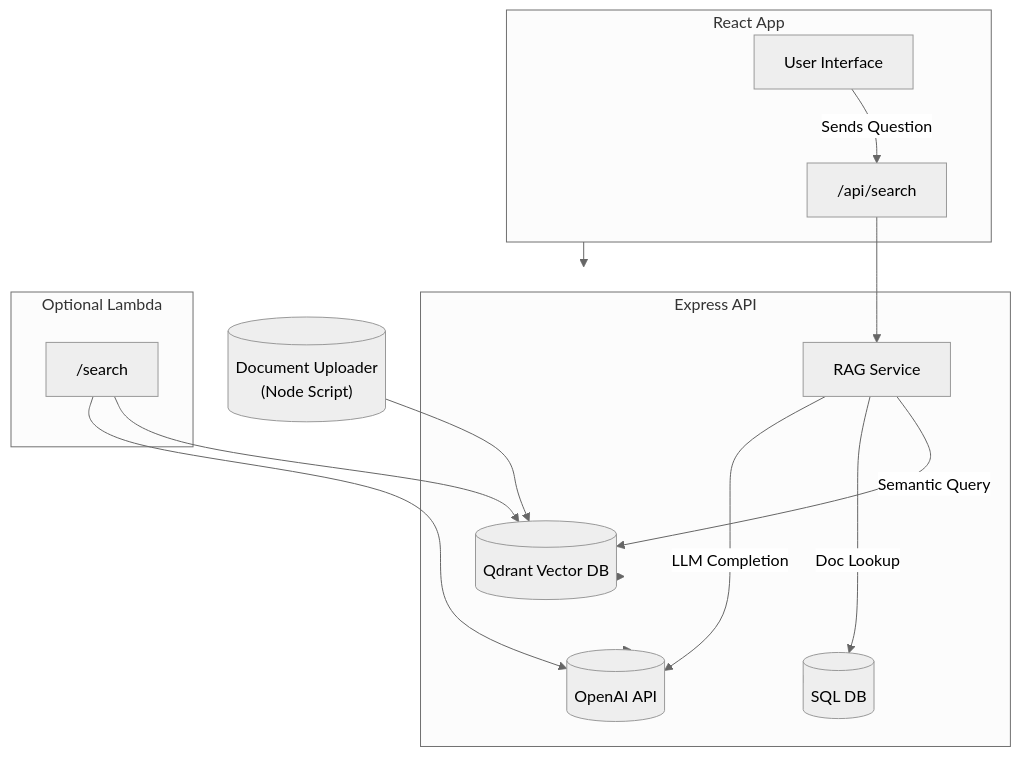
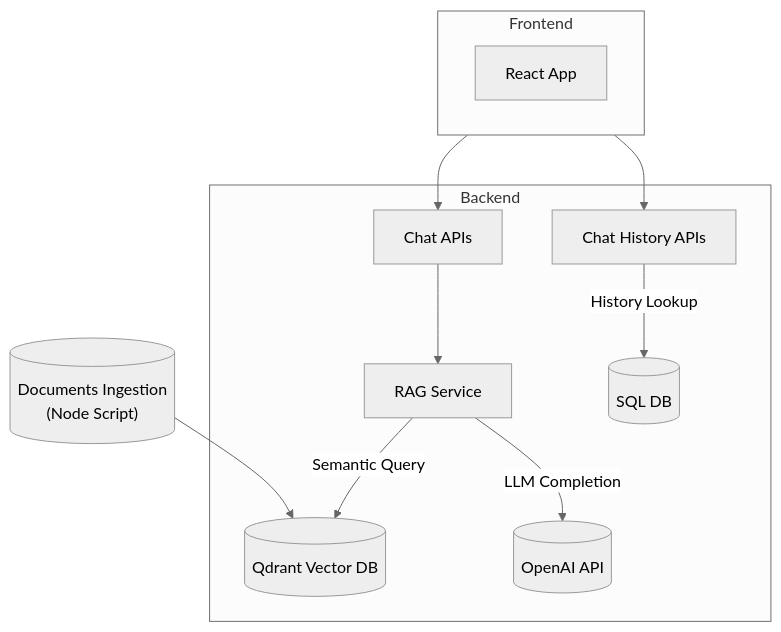
The diagram in README.md (hungcq/knowledge-repo-rag), drawn with Mermaid (neutral theme) before and after one commit.

Commit message:
update graph in README

````diff
--- a/README.md
+++ b/README.md
@@ -18,28 +19,21 @@
 ``` mermaid
 flowchart TD
-  subgraph Frontend [React App]
-    UI["User Interface"]
-    UI -->|Sends Question| FAPI["/api/search"]
+ subgraph Frontend["Frontend"]
+        UI["React App"]
   end
-
-  subgraph Backend [Express API]
-    FAPI --> SRV["RAG Service"]
-    SRV -->|Semantic Query| Qdrant[(Qdrant Vector DB)]
-    SRV -->|Doc Lookup| PrismaDB[(SQL DB)]
-    SRV -->|LLM Completion| OpenAI[(OpenAI API)]
+ subgraph Backend["Backend"]
+        HistoryAPIs["Chat History APIs"]
+        APIs["Chat APIs"]
+        SRV["RAG Service"]
+        Qdrant[("Qdrant Vector DB")]
+        OpenAI[("OpenAI API")]
+        PrismaDB[("SQL DB")]
   end
-
-  Frontend --> Backend
-  Backend --> Qdrant
-  Backend --> OpenAI
-  Backend --> PrismaDB
-
-  subgraph Lambda [Optional Lambda]
-    LambdaAPI["/search"]
-    LambdaAPI --> Qdrant
-    LambdaAPI --> OpenAI
-  end
-
-  Note1[("Document Uploader<br/>(Node Script)")];
-  Note1 --> Qdrant
+    Frontend --> APIs
+    Frontend --> HistoryAPIs
+    APIs --> SRV
+    SRV -- Semantic Query --> Qdrant
+    SRV -- LLM Completion --> OpenAI
+    HistoryAPIs -- History Lookup --> PrismaDB
+    Note1[("Documents Ingestion<br>(Node Script)")] --> Qdrant
 ```
````
